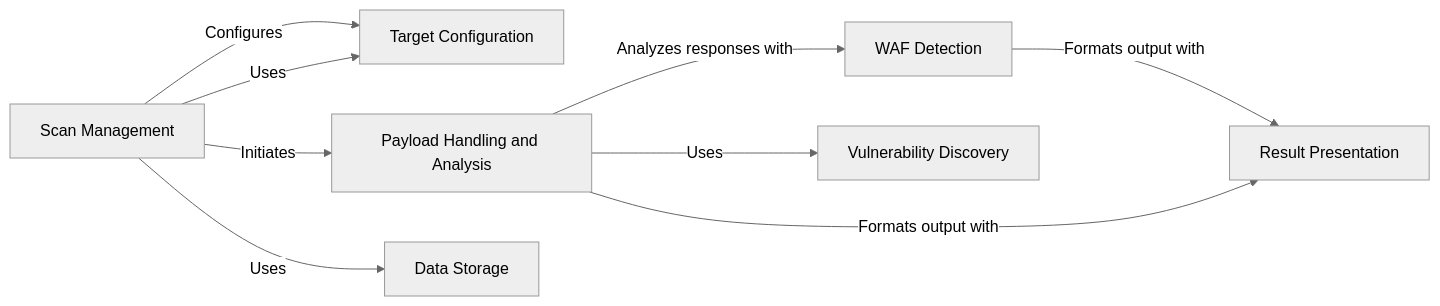
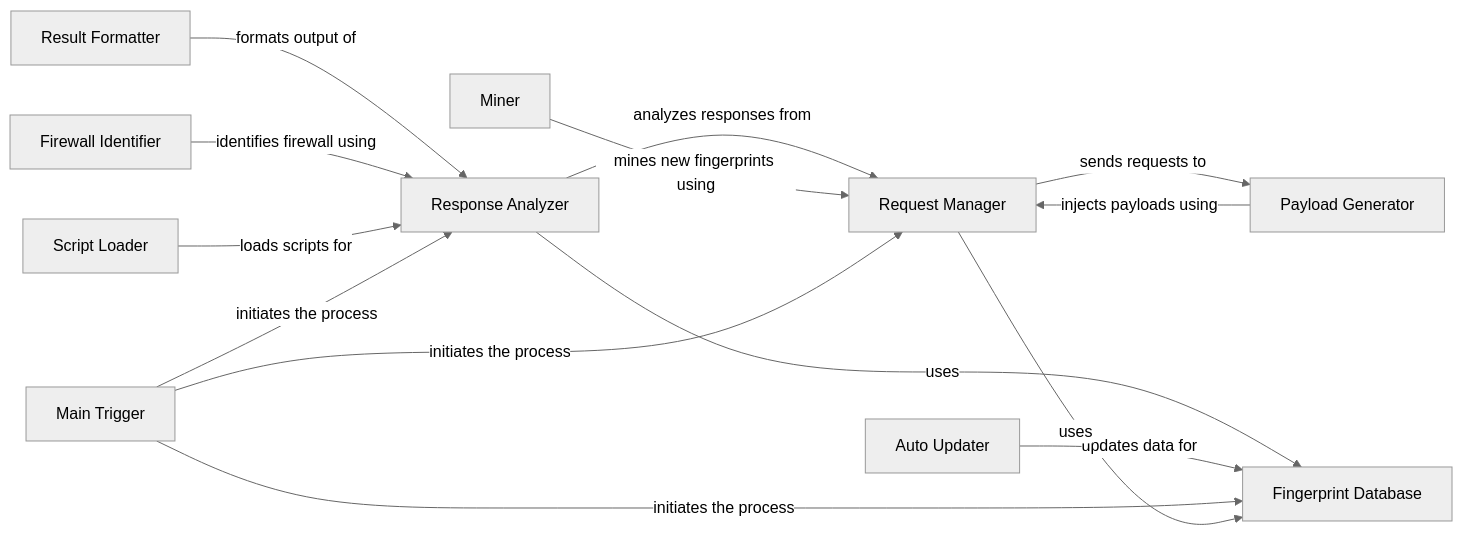
The diagram in WhatWaf/on_boarding.md (CodeBoarding/GeneratedOnBoardings), drawn with Mermaid (neutral theme) before and after one commit. The commit also changed other lines of this file and 17 other files, not shown here.

Commit message:
Uploading onboarding materials for WhatWaf

````diff
--- a/WhatWaf/on_boarding.md
+++ b/WhatWaf/on_boarding.md
@@ -1,25 +1,36 @@
 ```mermaid
 graph LR
-    Target_Configuration["Target Configuration"]
-    Scan_Management["Scan Management"]
-    Payload_Handling_and_Analysis["Payload Handling and Analysis"]
-    WAF_Detection["WAF Detection"]
-    Vulnerability_Discovery["Vulnerability Discovery"]
-    Result_Presentation["Result Presentation"]
-    Data_Storage["Data Storage"]
-    Scan_Management -- "Configures" --> Target_Configuration
-    Scan_Management -- "Initiates" --> Payload_Handling_and_Analysis
-    Payload_Handling_and_Analysis -- "Analyzes responses with" --> WAF_Detection
-    WAF_Detection -- "Formats output with" --> Result_Presentation
-    Payload_Handling_and_Analysis -- "Formats output with" --> Result_Presentation
-    Payload_Handling_and_Analysis -- "Uses" --> Vulnerability_Discovery
-    Scan_Management -- "Uses" --> Data_Storage
-    Scan_Management -- "Uses" --> Target_Configuration
-    click Target_Configuration href "https://github.com/CodeBoarding/GeneratedOnBoardings/blob/main/WhatWaf/Target Configuration.md" "Details"
-    click Scan_Management href "https://github.com/CodeBoarding/GeneratedOnBoardings/blob/main/WhatWaf/Scan Management.md" "Details"
-    click Payload_Handling_and_Analysis href "https://github.com/CodeBoarding/GeneratedOnBoardings/blob/main/WhatWaf/Payload Handling and Analysis.md" "Details"
-    click WAF_Detection href "https://github.com/CodeBoarding/GeneratedOnBoardings/blob/main/WhatWaf/WAF Detection.md" "Details"
-    click Vulnerability_Discovery href "https://github.com/CodeBoarding/GeneratedOnBoardings/blob/main/WhatWaf/Vulnerability Discovery.md" "Details"
-    click Result_Presentation href "https://github.com/CodeBoarding/GeneratedOnBoardings/blob/main/WhatWaf/Result Presentation.md" "Details"
-    click Data_Storage href "https://github.com/CodeBoarding/GeneratedOnBoardings/blob/main/WhatWaf/Data Storage.md" "Details"
+    Request_Manager["Request Manager"]
+    Payload_Generator["Payload Generator"]
+    Response_Analyzer["Response Analyzer"]
+    Fingerprint_Database["Fingerprint Database"]
+    Result_Formatter["Result Formatter"]
+    Firewall_Identifier["Firewall Identifier"]
+    Miner["Miner"]
+    Script_Loader["Script Loader"]
+    Auto_Updater["Auto Updater"]
+    Main_Trigger["Main Trigger"]
+    Request_Manager -- "sends requests to" --> Payload_Generator
+    Response_Analyzer -- "analyzes responses from" --> Request_Manager
+    Response_Analyzer -- "uses" --> Fingerprint_Database
+    Result_Formatter -- "formats output of" --> Response_Analyzer
+    Firewall_Identifier -- "identifies firewall using" --> Response_Analyzer
+    Payload_Generator -- "injects payloads using" --> Request_Manager
+    Miner -- "mines new fingerprints using" --> Request_Manager
+    Script_Loader -- "loads scripts for" --> Response_Analyzer
+    Auto_Updater -- "updates data for" --> Fingerprint_Database
+    Main_Trigger -- "initiates the process" --> Request_Manager
+    Main_Trigger -- "initiates the process" --> Response_Analyzer
+    Main_Trigger -- "initiates the process" --> Fingerprint_Database
+    Request_Manager -- "uses" --> Fingerprint_Database
+    click Request_Manager href "https://github.com/CodeBoarding/GeneratedOnBoardings/blob/main/WhatWaf/Request Manager.md" "Details"
+    click Payload_Generator href "https://github.com/CodeBoarding/GeneratedOnBoardings/blob/main/WhatWaf/Payload Generator.md" "Details"
+    click Response_Analyzer href "https://github.com/CodeBoarding/GeneratedOnBoardings/blob/main/WhatWaf/Response Analyzer.md" "Details"
+    click Fingerprint_Database href "https://github.com/CodeBoarding/GeneratedOnBoardings/blob/main/WhatWaf/Fingerprint Database.md" "Details"
+    click Result_Formatter href "https://github.com/CodeBoarding/GeneratedOnBoardings/blob/main/WhatWaf/Result Formatter.md" "Details"
+    click Firewall_Identifier href "https://github.com/CodeBoarding/GeneratedOnBoardings/blob/main/WhatWaf/Firewall Identifier.md" "Details"
+    click Miner href "https://github.com/CodeBoarding/GeneratedOnBoardings/blob/main/WhatWaf/Miner.md" "Details"
+    click Script_Loader href "https://github.com/CodeBoarding/GeneratedOnBoardings/blob/main/WhatWaf/Script Loader.md" "Details"
+    click Auto_Updater href "https://github.com/CodeBoarding/GeneratedOnBoardings/blob/main/WhatWaf/Auto Updater.md" "Details"
+    click Main_Trigger href "https://github.com/CodeBoarding/GeneratedOnBoardings/blob/main/WhatWaf/Main Trigger.md" "Details"
 ```
````
